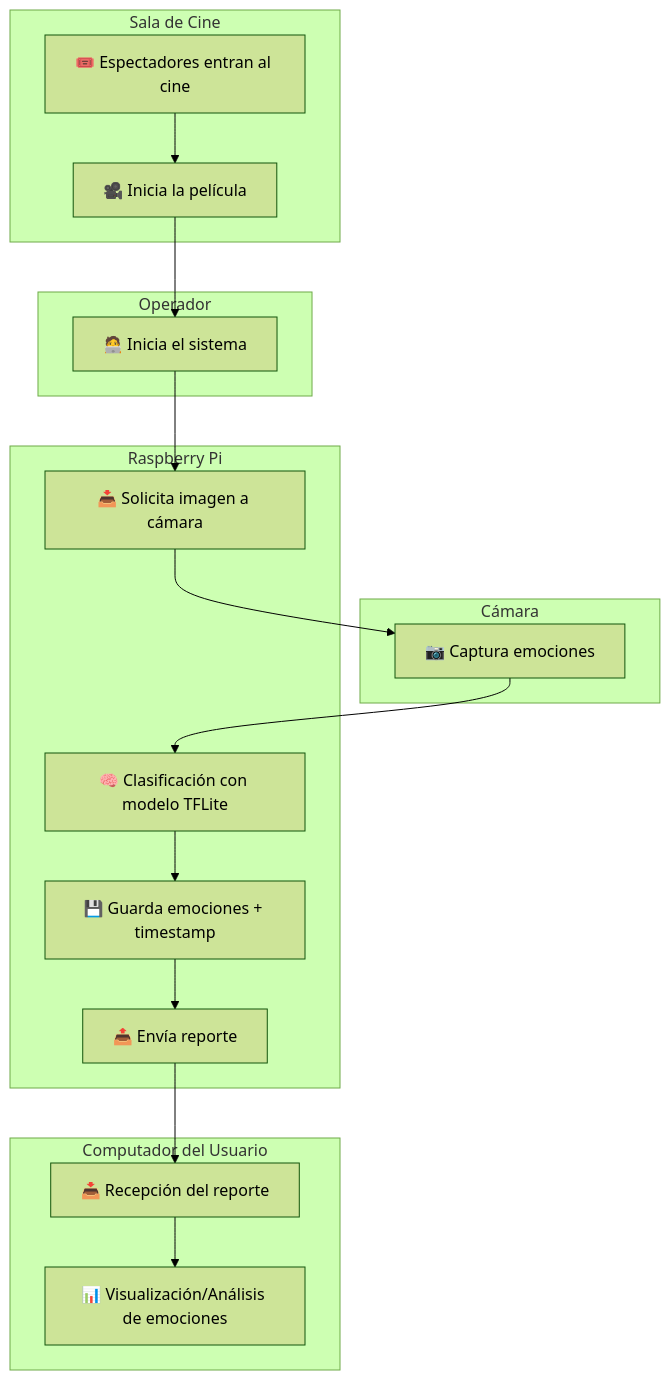
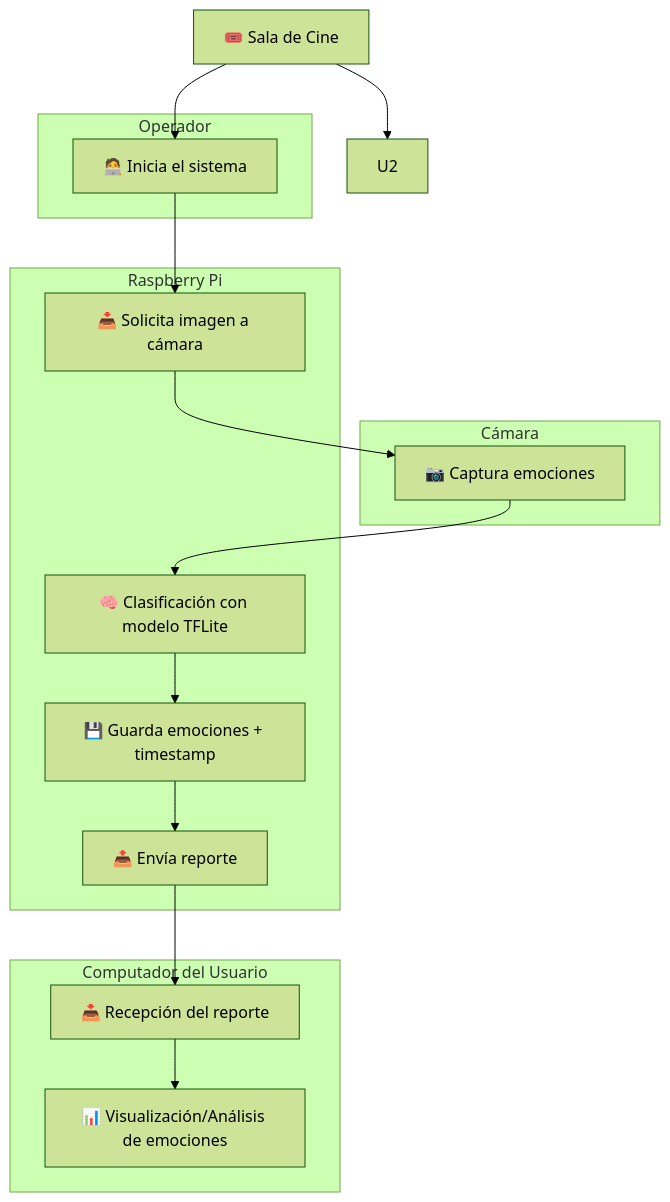
Before and after one commit to Caro1222/UVM_ADDER: the diagram in README.md, drawn with Mermaid (forest theme).

````diff
--- a/README.md
+++ b/README.md
@@ -3,38 +3,34 @@
 ```mermaid
 flowchart TD
-    subgraph Sala de Cine
-        U1[🎟️ Espectadores entran al cine]
-        U2[🎥 Inicia la película]
-    end
-
+    U1[🎟️ Sala de Cine]
     subgraph Operador
         O1[🧑‍💻 Inicia el sistema]
     end
 
     subgraph Cámara
         CAM1[📷 Captura emociones]
     end
 
     subgraph Raspberry Pi
         R2[📥 Solicita imagen a cámara]
         R3[🧠 Clasificación con modelo TFLite]
         R4[💾 Guarda emociones + timestamp]
         R5[📤 Envía reporte]
     end
 
     subgraph Computador del Usuario
         CU1[📥 Recepción del reporte]
         CU2[📊 Visualización/Análisis de emociones]
     end
 
     U1 --> U2
-    U2 --> O1
+    U1 --> O1
     O1 --> R2
     R2 --> CAM1
     CAM1 --> R3
     R3 --> R4
     R4 --> R5
     R5 --> CU1
     CU1 --> CU2
 
 ```
````
